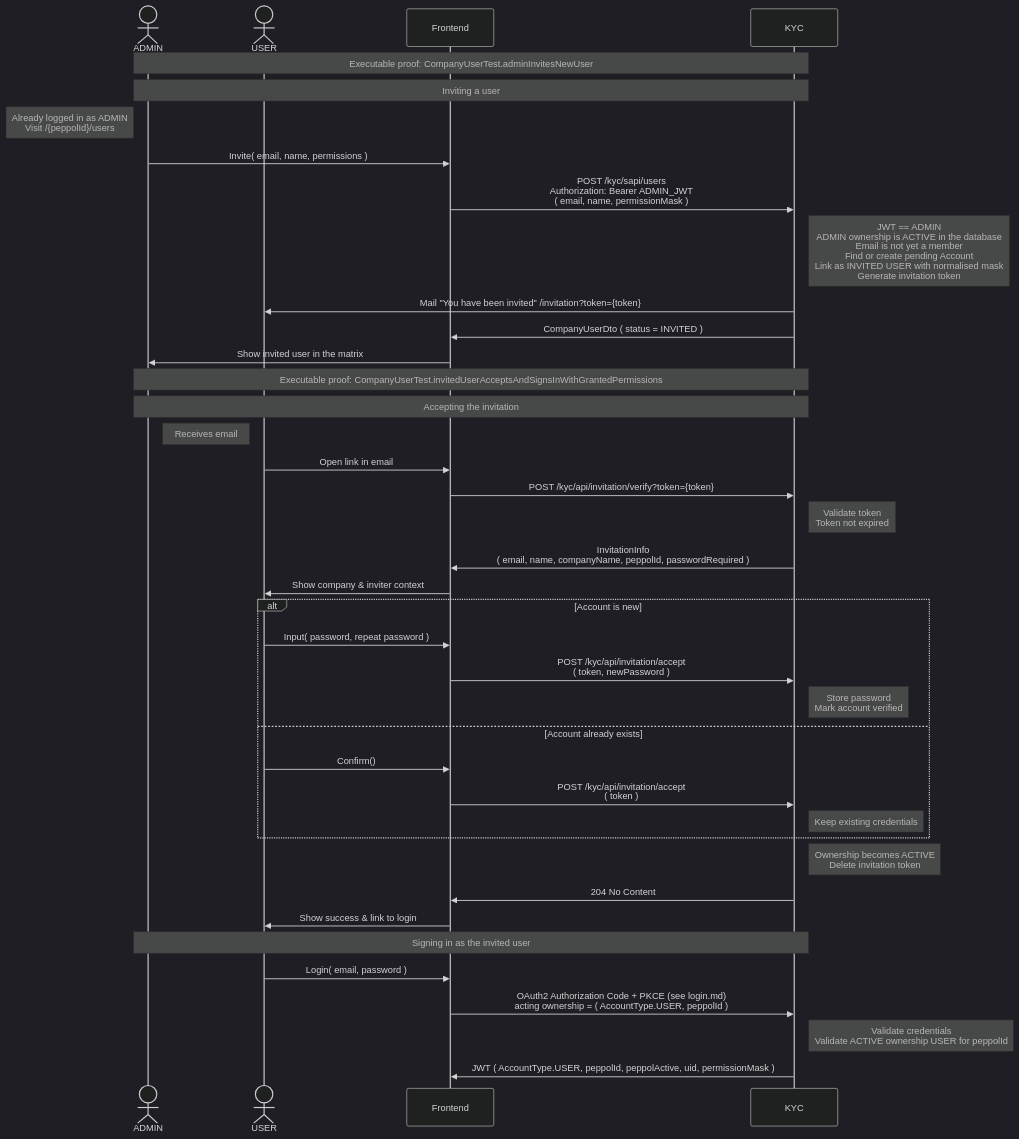
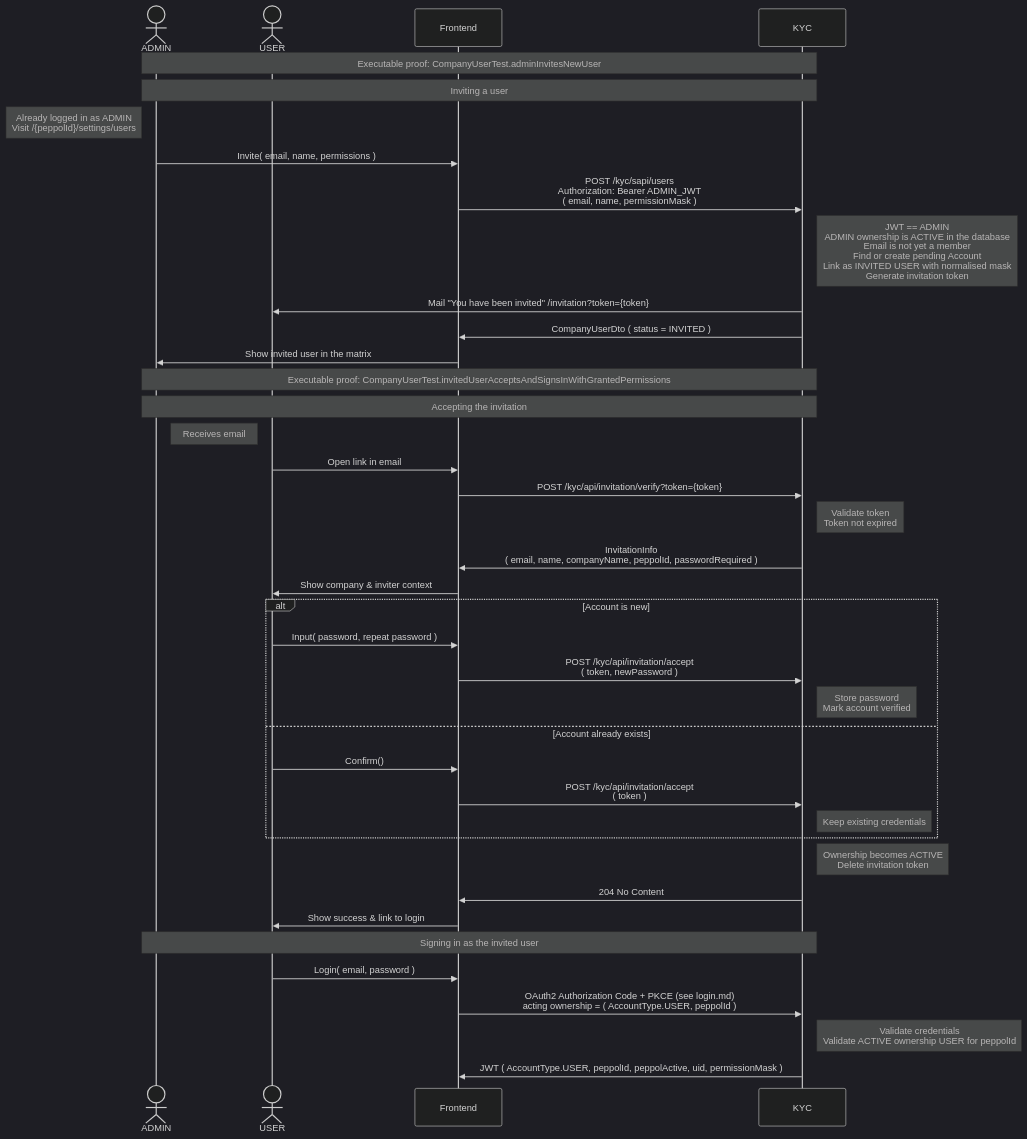
The diagram in readme/company-user-invitation.md (letspeppol/letspeppol), drawn with Mermaid (dark theme) before and after one commit. The commit also changed 61 other files, not shown here.

````diff
--- a/readme/company-user-invitation.md
+++ b/readme/company-user-invitation.md
@@ -5,47 +5,47 @@
 ```mermaid
 sequenceDiagram
     actor ADMIN as ADMIN
     actor USER as USER
     participant Frontend as Frontend
     participant KYC as KYC
 
     Note over ADMIN, KYC: Executable proof: CompanyUserTest.adminInvitesNewUser
 
 Note over ADMIN, KYC: Inviting a user
-    Note left of ADMIN: Already logged in as ADMIN <br> Visit /{peppolId}/users
+    Note left of ADMIN: Already logged in as ADMIN <br> Visit /{peppolId}/settings/users
     ADMIN ->> Frontend: Invite( email, name, permissions )
     Frontend ->> KYC: POST /kyc/sapi/users <br> Authorization: Bearer ADMIN_JWT <br> ( email, name, permissionMask )
     Note right of KYC: JWT == ADMIN <br> ADMIN ownership is ACTIVE in the database <br> Email is not yet a member <br> Find or create pending Account <br> Link as INVITED USER with normalised mask <br> Generate invitation token
     KYC ->> USER: Mail "You have been invited" /invitation?token={token}
     KYC ->> Frontend: CompanyUserDto ( status = INVITED )
     Frontend ->> ADMIN: Show invited user in the matrix
 
 Note over ADMIN, KYC: Executable proof: CompanyUserTest.invitedUserAcceptsAndSignsInWithGrantedPermissions
 
 Note over ADMIN, KYC: Accepting the invitation
     Note left of USER: Receives email
     USER ->> Frontend: Open link in email
     Frontend ->> KYC: POST /kyc/api/invitation/verify?token={token}
     Note right of KYC: Validate token <br> Token not expired
     KYC ->> Frontend: InvitationInfo <br> ( email, name, companyName, peppolId, passwordRequired )
     Frontend ->> USER: Show company & inviter context
 
     alt Account is new
         USER ->> Frontend: Input( password, repeat password )
         Frontend ->> KYC: POST /kyc/api/invitation/accept <br> ( token, newPassword )
         Note right of KYC: Store password <br> Mark account verified
     else Account already exists
         USER ->> Frontend: Confirm()
         Frontend ->> KYC: POST /kyc/api/invitation/accept <br> ( token )
         Note right of KYC: Keep existing credentials
     end
     Note right of KYC: Ownership becomes ACTIVE <br> Delete invitation token
     KYC ->> Frontend: 204 No Content
     Frontend ->> USER: Show success & link to login
 
 Note over ADMIN, KYC: Signing in as the invited user
     USER ->> Frontend: Login( email, password )
     Frontend ->> KYC: OAuth2 Authorization Code + PKCE (see login.md) <br> acting ownership = ( AccountType.USER, peppolId )
     Note right of KYC: Validate credentials <br> Validate ACTIVE ownership USER for peppolId
     KYC ->> Frontend: JWT ( AccountType.USER, peppolId, peppolActive, uid, permissionMask )
 ```
````
